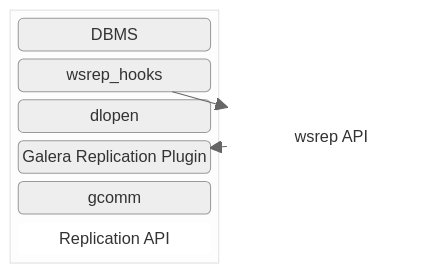
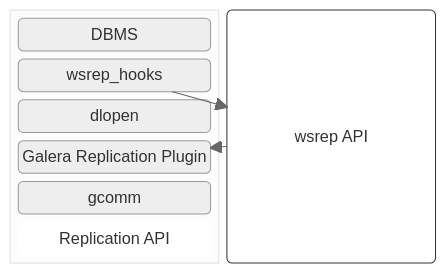
Before and after one commit to rusher/mariadb-docs: the diagram in galera-cluster/galera-architecture/introduction-to-galera-architecture.md, drawn with Mermaid.

Commit message:
Update introduction-to-galera-architecture.md
Diagram: Slight border around item.

````diff
--- a/galera-cluster/galera-architecture/introduction-to-galera-architecture.md
+++ b/galera-cluster/galera-architecture/introduction-to-galera-architecture.md
@@ -9,26 +9,26 @@
 ```mermaid
 ---
 title: Hello world!
 displayMode: compact
 config:
   theme: "neutral"
   themeVariables:
     primaryColor: "#fff"
     primaryTextColor: "#000"
     fontSize: 16
 ---
 block
   block
     columns 1
     A("DBMS")
     B("wsrep_hooks")
     C("dlopen")
     D("Galera Replication Plugin")
     E("gcomm")
     F("Replication API")
   end
     B--->G("wsrep API")
     G--->D
     style F fill:#fff,stroke:#333,stroke-width:0px
-    style G fill:#fff,stroke:#333,stroke-width:0px
+    style G fill:#fff,stroke:#333,stroke-width:1px
 ```
````
